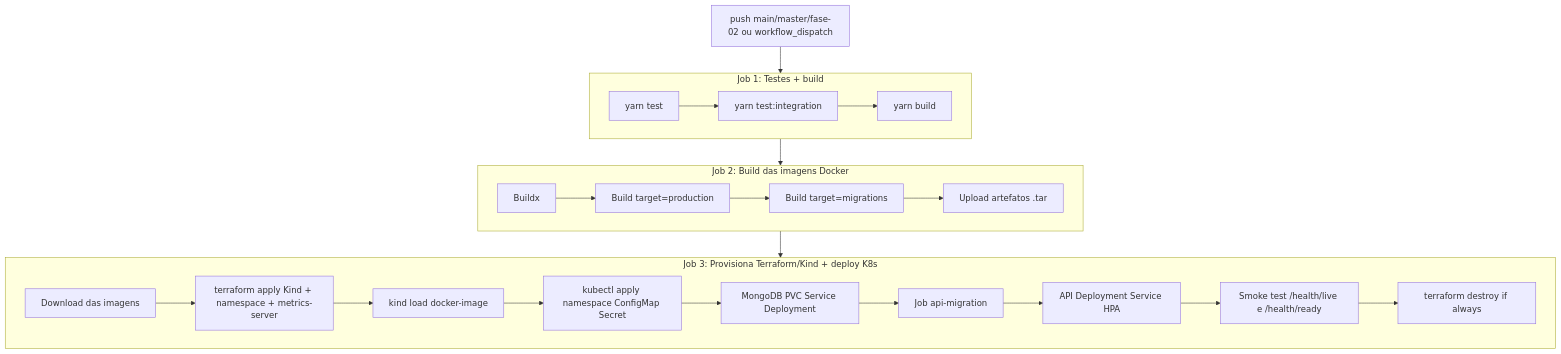
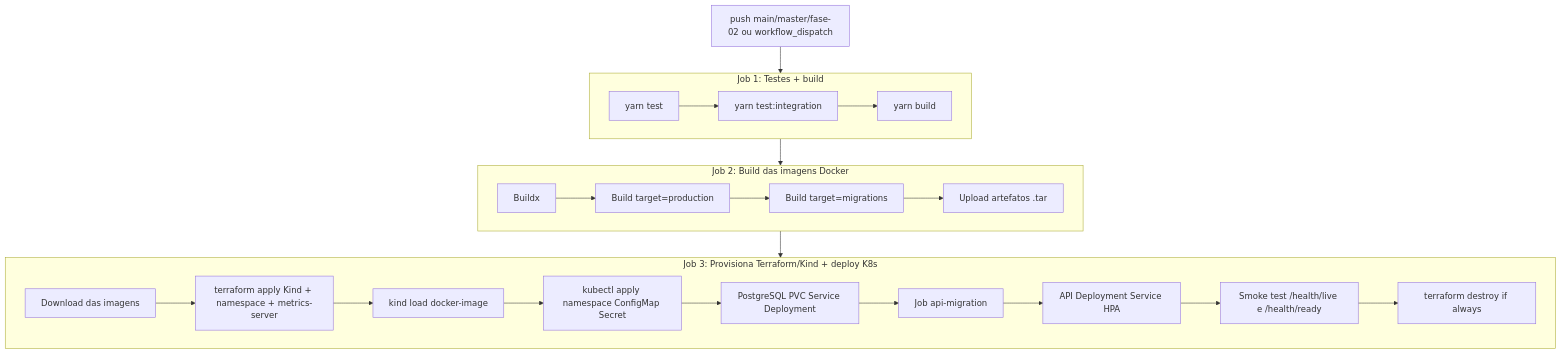
Before and after one commit to tech-challenge-pos-fiap-debora/app: the second of 2 diagrams in docs/diagrams/cicd-deploy.md, drawn with Mermaid. The commit also changed other lines of this file and 12 other files, not shown here.

````diff
--- a/docs/diagrams/cicd-deploy.md
+++ b/docs/diagrams/cicd-deploy.md
@@ -29,29 +29,29 @@
 ```mermaid
 flowchart TB
     Trigger["push main/master/fase-02 ou workflow_dispatch"]
 
     subgraph Test["Job 1: Testes + build"]
         T1["yarn test"] --> T2["yarn test:integration"] --> T3["yarn build"]
     end
 
     subgraph Images["Job 2: Build das imagens Docker"]
         I1["Buildx"] --> I2["Build target=production"]
         I2 --> I3["Build target=migrations"]
         I3 --> I4["Upload artefatos .tar"]
     end
 
     subgraph Deploy["Job 3: Provisiona Terraform/Kind + deploy K8s"]
         D1["Download das imagens"] --> D2["terraform apply Kind + namespace + metrics-server"]
         D2 --> D3["kind load docker-image"]
         D3 --> D4["kubectl apply namespace ConfigMap Secret"]
-        D4 --> D5["MongoDB PVC Service Deployment"]
+        D4 --> D5["PostgreSQL PVC Service Deployment"]
         D5 --> D6["Job api-migration"]
         D6 --> D7["API Deployment Service HPA"]
         D7 --> D8["Smoke test /health/live e /health/ready"]
         D8 --> D9["terraform destroy if always"]
     end
 
     Trigger --> Test
     Test --> Images
     Images --> Deploy
 ```
````
